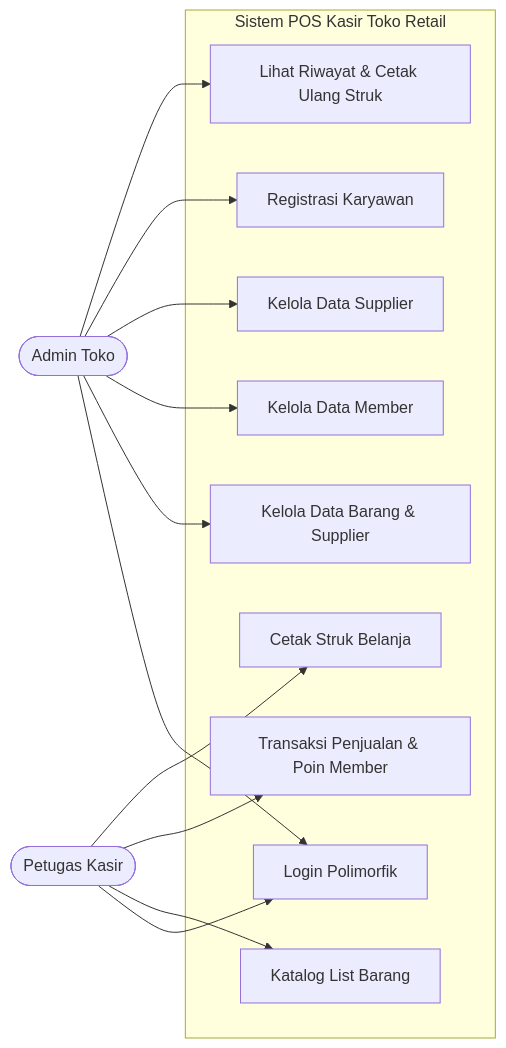
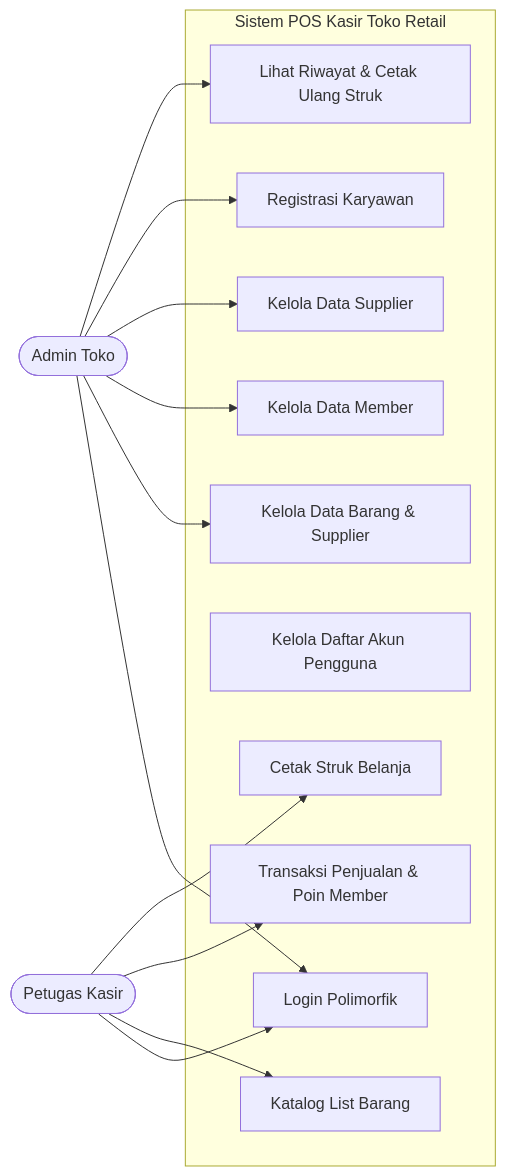
Before and after one commit to NarendroWicaksono/POS-KasirJAVA-PBO: the first of 6 diagrams in DOKUMENTASI_LAPORAN.md, drawn with Mermaid. The commit also changed other lines of this file and 2 other files, not shown here.

Commit message:
fix(gui): rapikan tata letak tombol Supplier dan Daftar Akun agar simetris presisi serta perbarui dokumentasi

````diff
--- a/DOKUMENTASI_LAPORAN.md
+++ b/DOKUMENTASI_LAPORAN.md
@@ -47,29 +47,30 @@
 ```mermaid
 flowchart LR
     Admin([Admin Toko])
     Kasir([Petugas Kasir])
 
     subgraph "Sistem POS Kasir Toko Retail"
         UC1["Login Polimorfik"]
         UC2["Kelola Data Barang & Supplier"]
         UC3["Kelola Data Member"]
         UC4["Kelola Data Supplier"]
         UC5["Registrasi Karyawan"]
+        UC5b["Kelola Daftar Akun Pengguna"]
         UC6["Lihat Riwayat & Cetak Ulang Struk"]
         UC7["Katalog List Barang"]
         UC8["Transaksi Penjualan & Poin Member"]
         UC9["Cetak Struk Belanja"]
     end
 
     Admin --> UC1
     Admin --> UC2
     Admin --> UC3
     Admin --> UC4
     Admin --> UC5
     Admin --> UC6
 
     Kasir --> UC1
     Kasir --> UC7
     Kasir --> UC8
     Kasir --> UC9
 ```
````
